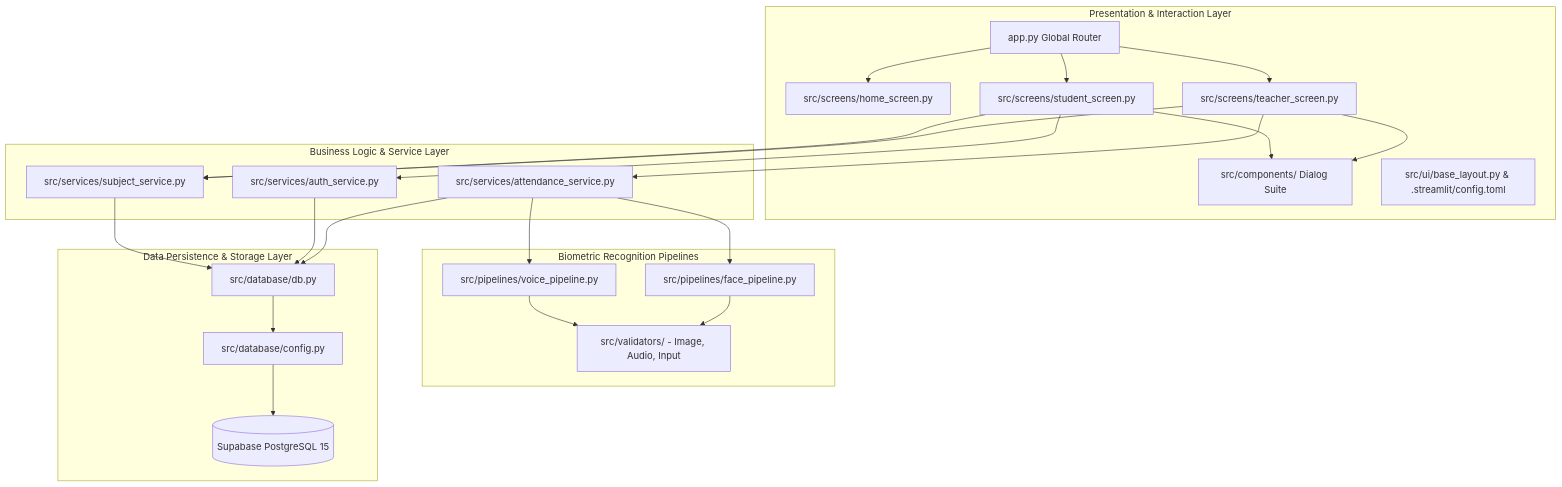
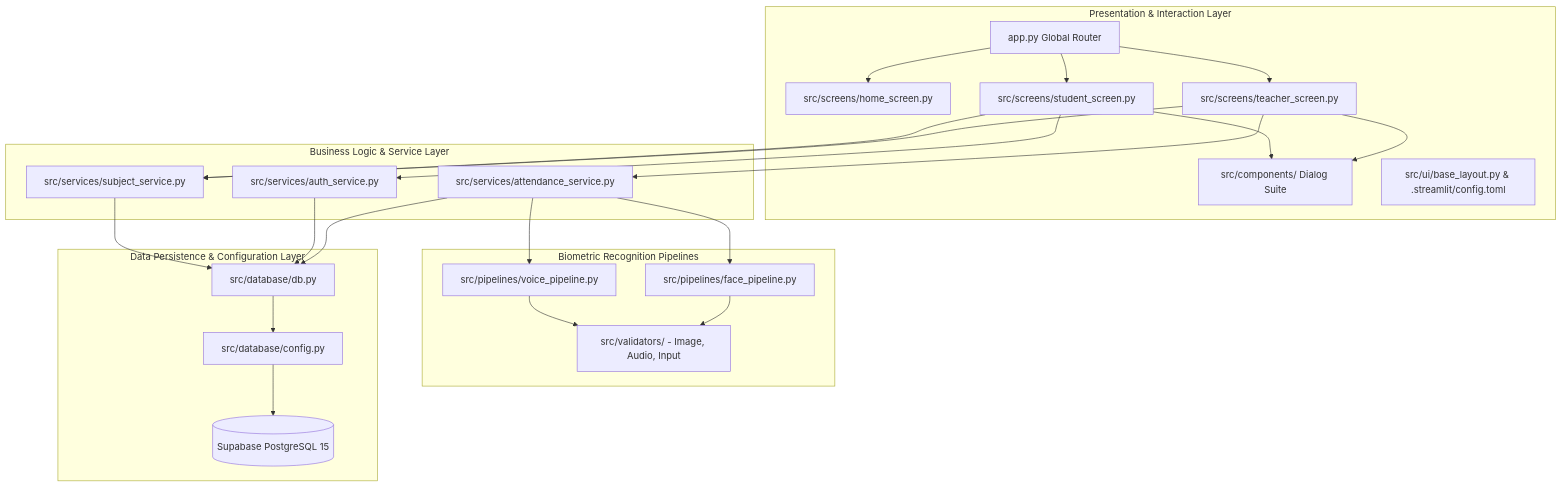
One commit to Ritikgupta-tech/snapclass-ai changed the diagram in docs/ARCHITECTURE.md. Above: the diagram before and after it, drawn with Mermaid. The commit also changed other lines of this file and 10 other files, not shown here.

````diff
--- a/docs/ARCHITECTURE.md
+++ b/docs/ARCHITECTURE.md
@@ -11,52 +11,52 @@
 ```mermaid
 graph TB
     subgraph ClientLayer [Presentation & Interaction Layer]
         Router[app.py Global Router]
         HomeScreen[src/screens/home_screen.py]
         TeacherScreen[src/screens/teacher_screen.py]
         StudentScreen[src/screens/student_screen.py]
         Dialogs[src/components/ Dialog Suite]
         Theme[src/ui/base_layout.py & .streamlit/config.toml]
     end
 
     subgraph ServiceLayer [Business Logic & Service Layer]
         AuthService[src/services/auth_service.py]
         SubjectService[src/services/subject_service.py]
         AttendanceService[src/services/attendance_service.py]
     end
 
     subgraph BiometricLayer [Biometric Recognition Pipelines]
         FacePipeline[src/pipelines/face_pipeline.py]
         VoicePipeline[src/pipelines/voice_pipeline.py]
         Validators[src/validators/ - Image, Audio, Input]
     end
 
-    subgraph DataLayer [Data Persistence & Storage Layer]
+    subgraph DataLayer [Data Persistence & Configuration Layer]
         DBAccess[src/database/db.py]
         Config[src/database/config.py]
         Supabase[(Supabase PostgreSQL 15)]
     end
 
     Router --> HomeScreen
     Router --> TeacherScreen
     Router --> StudentScreen
     TeacherScreen --> Dialogs
     StudentScreen --> Dialogs
 
     TeacherScreen --> SubjectService
     TeacherScreen --> AttendanceService
     StudentScreen --> AuthService
     StudentScreen --> SubjectService
 
     AttendanceService --> FacePipeline
     AttendanceService --> VoicePipeline
     AttendanceService --> DBAccess
     AuthService --> DBAccess
     SubjectService --> DBAccess
 
     FacePipeline --> Validators
     VoicePipeline --> Validators
 
     DBAccess --> Config
     Config --> Supabase
 ```
````
